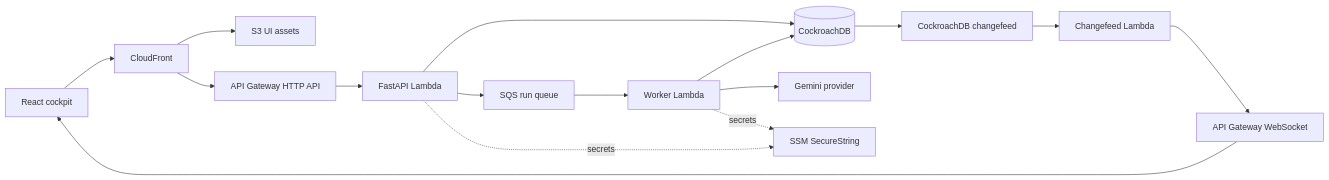
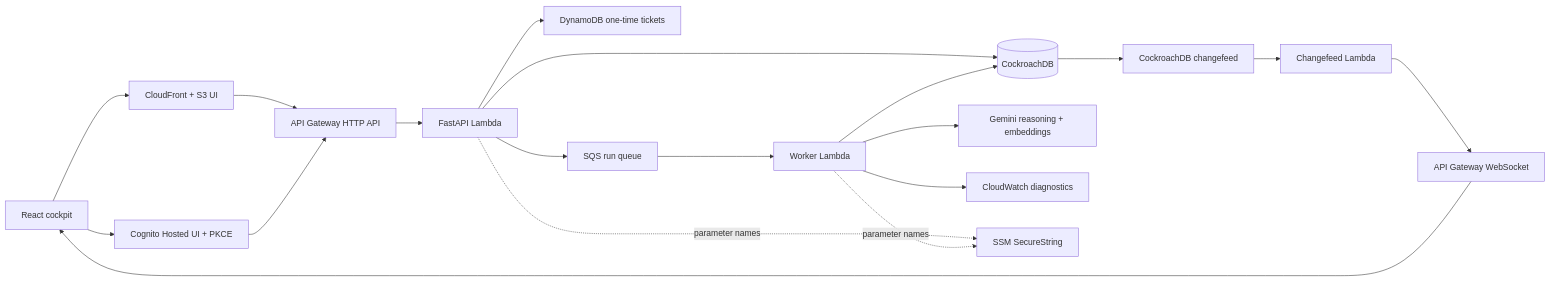
Before and after one commit to OCHOLA-EDDYPHIL/hindsight: the first of 2 diagrams in docs/architecture.md, drawn with Mermaid. The commit also changed other lines of this file and 4 other files, not shown here.

````diff
--- a/docs/architecture.md
+++ b/docs/architecture.md
@@ -5,18 +5,21 @@
 ```mermaid
 flowchart LR
-    Browser[React cockpit] --> CF[CloudFront]
-    CF --> S3[S3 UI assets]
+    Browser[React cockpit] --> CF[CloudFront + S3 UI]
+    Browser --> Cognito[Cognito Hosted UI + PKCE]
     CF --> HTTP[API Gateway HTTP API]
+    Cognito --> HTTP
     HTTP --> API[FastAPI Lambda]
     API --> DB[(CockroachDB)]
+    API --> Tickets[DynamoDB one-time tickets]
     API --> Queue[SQS run queue]
     Queue --> Worker[Worker Lambda]
+    Worker --> Gemini[Gemini reasoning + embeddings]
+    Worker --> CW[CloudWatch diagnostics]
     Worker --> DB
-    Worker --> Model[Gemini provider]
     DB --> Changefeed[CockroachDB changefeed]
     Changefeed --> Relay[Changefeed Lambda]
     Relay --> WS[API Gateway WebSocket]
     WS --> Browser
-    API -. secrets .-> SSM[SSM SecureString]
-    Worker -. secrets .-> SSM
+    API -. parameter names .-> SSM[SSM SecureString]
+    Worker -. parameter names .-> SSM
 ```
````
